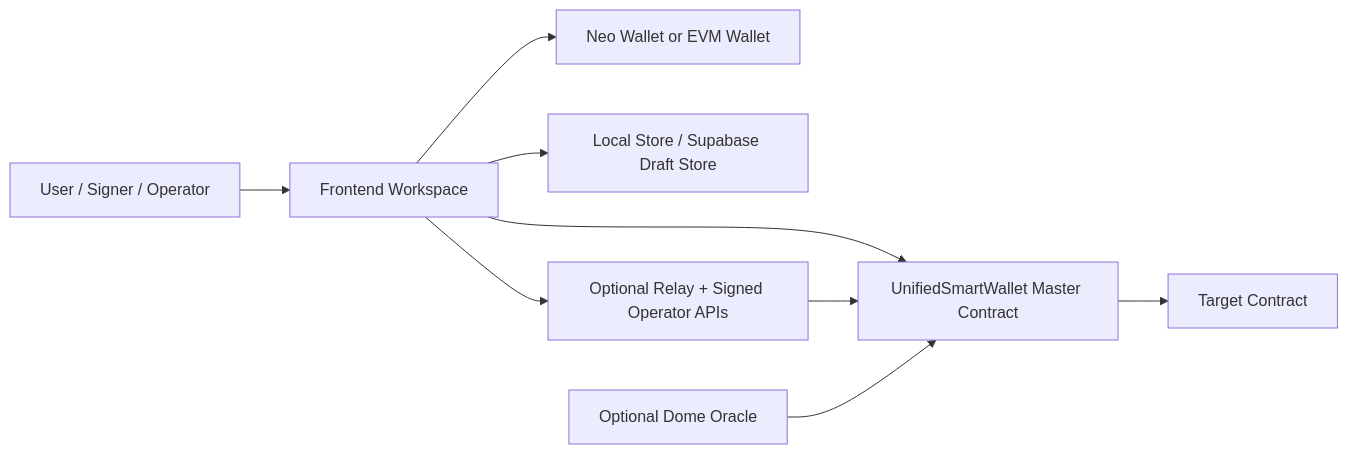
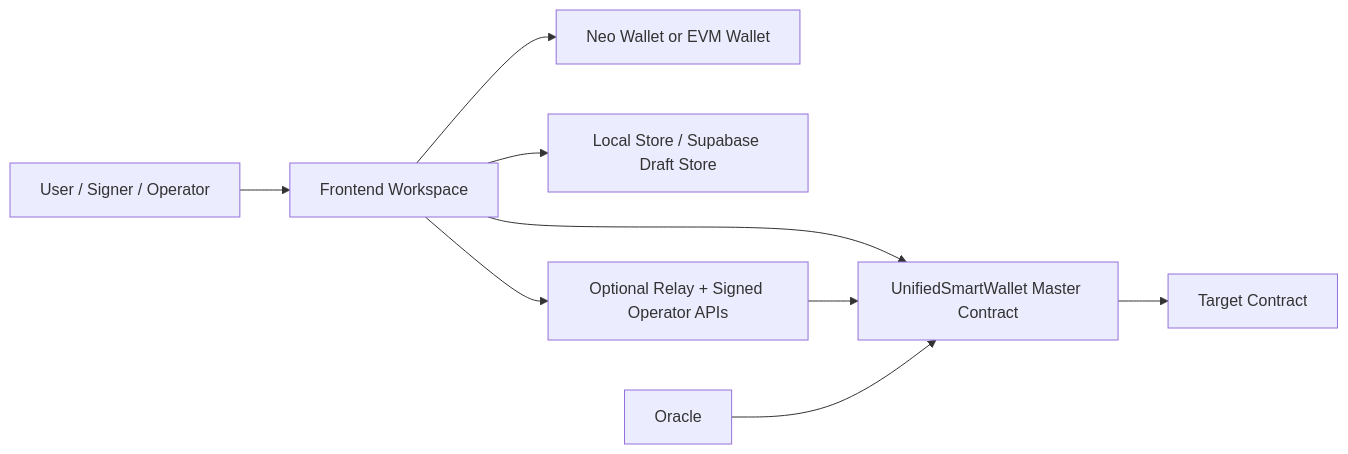
Before and after one commit to r3e-network/neo-abstract-account: the first of 3 diagrams in frontend/src/assets/docs/architecture.md, drawn with Mermaid. The commit also changed other lines of this file and 31 other files, not shown here.

Commit message:
refactor: remove Dome oracle system from frontend, docs, and SDK

````diff
--- a/frontend/src/assets/docs/architecture.md
+++ b/frontend/src/assets/docs/architecture.md
@@ -7,20 +7,19 @@
 ```mermaid
 flowchart LR
   User[User / Signer / Operator]
   Browser[Frontend Workspace]
   Wallet[Neo Wallet or EVM Wallet]
   Drafts[Local Store / Supabase Draft Store]
   Relay[Optional Relay + Signed Operator APIs]
   Master[UnifiedSmartWallet Master Contract]
   Target[Target Contract]
-  Oracle[Optional Dome Oracle]
 
   User --> Browser
   Browser --> Wallet
   Browser --> Drafts
   Browser --> Relay
   Browser --> Master
   Relay --> Master
   Master --> Target
   Oracle --> Master
 ```
````
